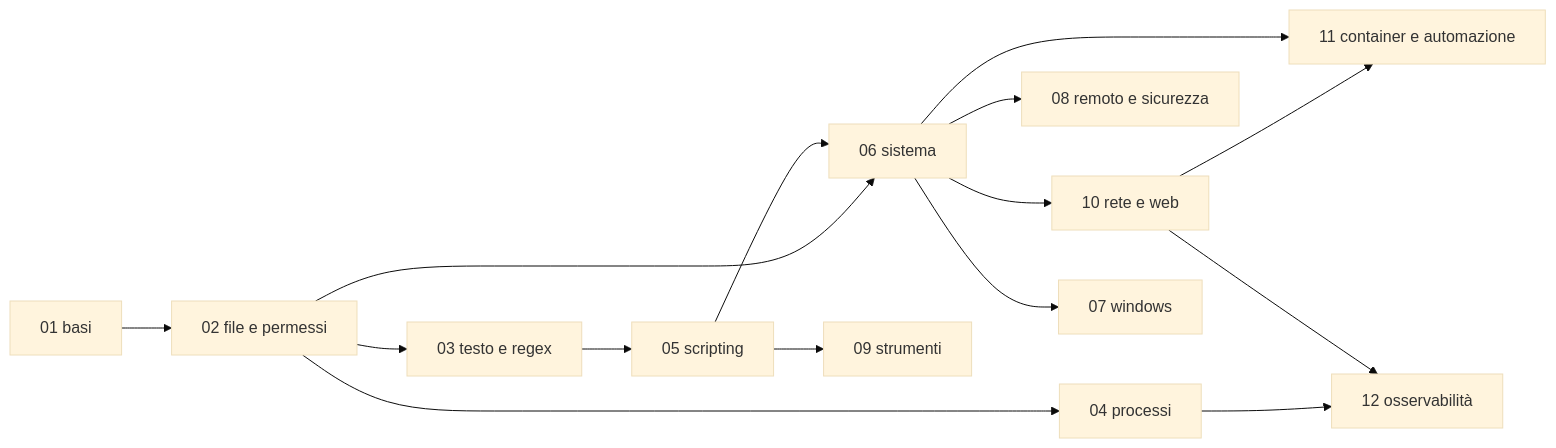
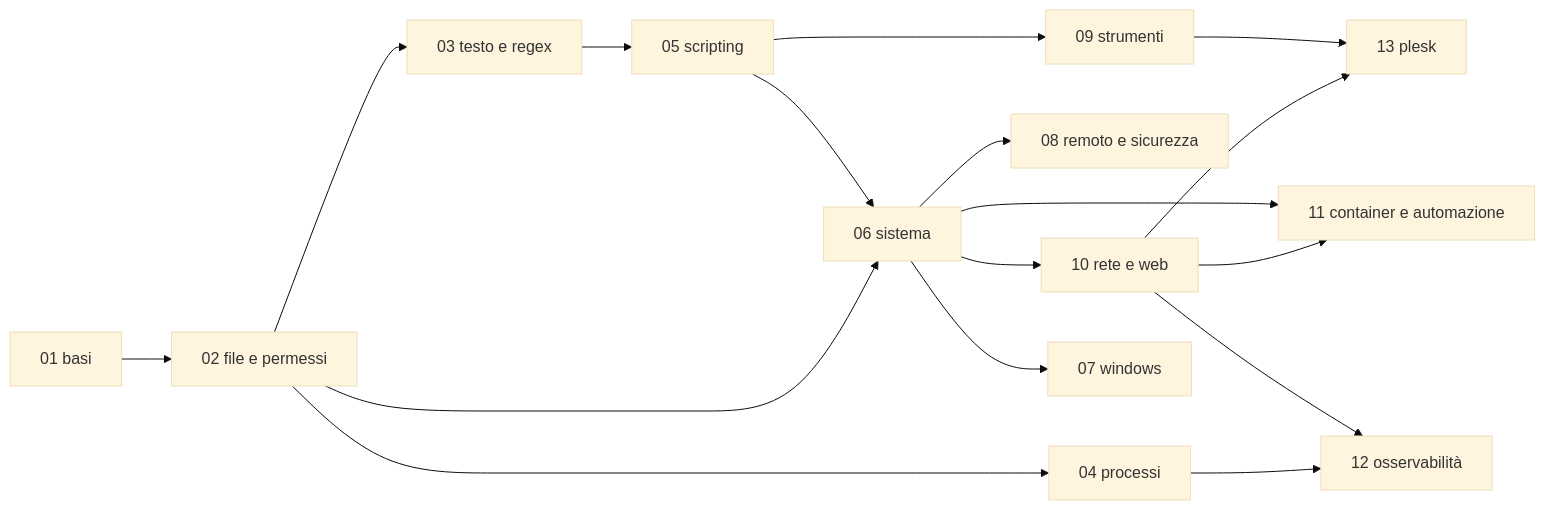
Before and after one commit to edisyst-docs/bashbash: the diagram in zz-risorse/percorso-di-studio.md, drawn with Mermaid (base theme). The commit also changed other lines of this file and 11 other files, not shown here.

````diff
--- a/zz-risorse/percorso-di-studio.md
+++ b/zz-risorse/percorso-di-studio.md
@@ -33,17 +34,19 @@
 ```mermaid
 flowchart LR
     A01[01 basi] --> A02[02 file e permessi]
     A02 --> A03[03 testo e regex]
     A03 --> A05[05 scripting]
     A02 --> A04[04 processi]
     A02 --> A06[06 sistema]
     A05 --> A06
     A06 --> A08[08 remoto e sicurezza]
     A06 --> A10[10 rete e web]
     A05 --> A09[09 strumenti]
     A10 --> A11[11 container e automazione]
     A06 --> A11
     A04 --> A12[12 osservabilità]
     A10 --> A12
+    A10 --> A13[13 plesk]
+    A09 --> A13
     A06 --> A07[07 windows]
 ```
````
